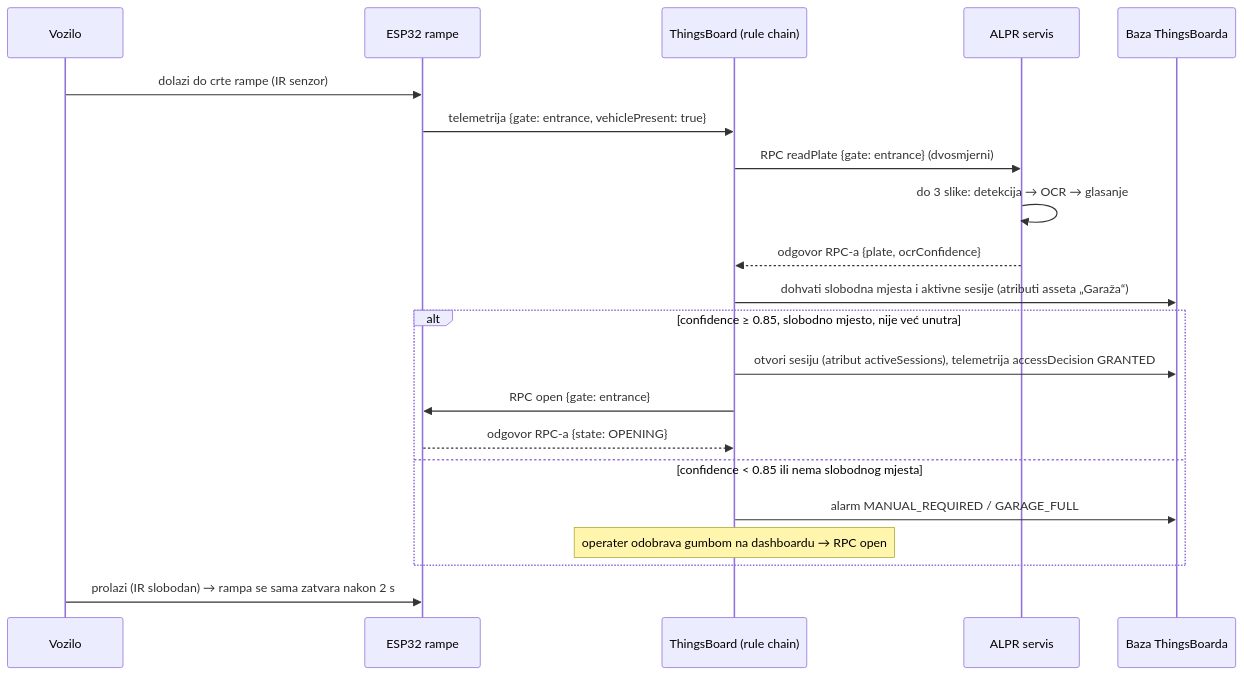
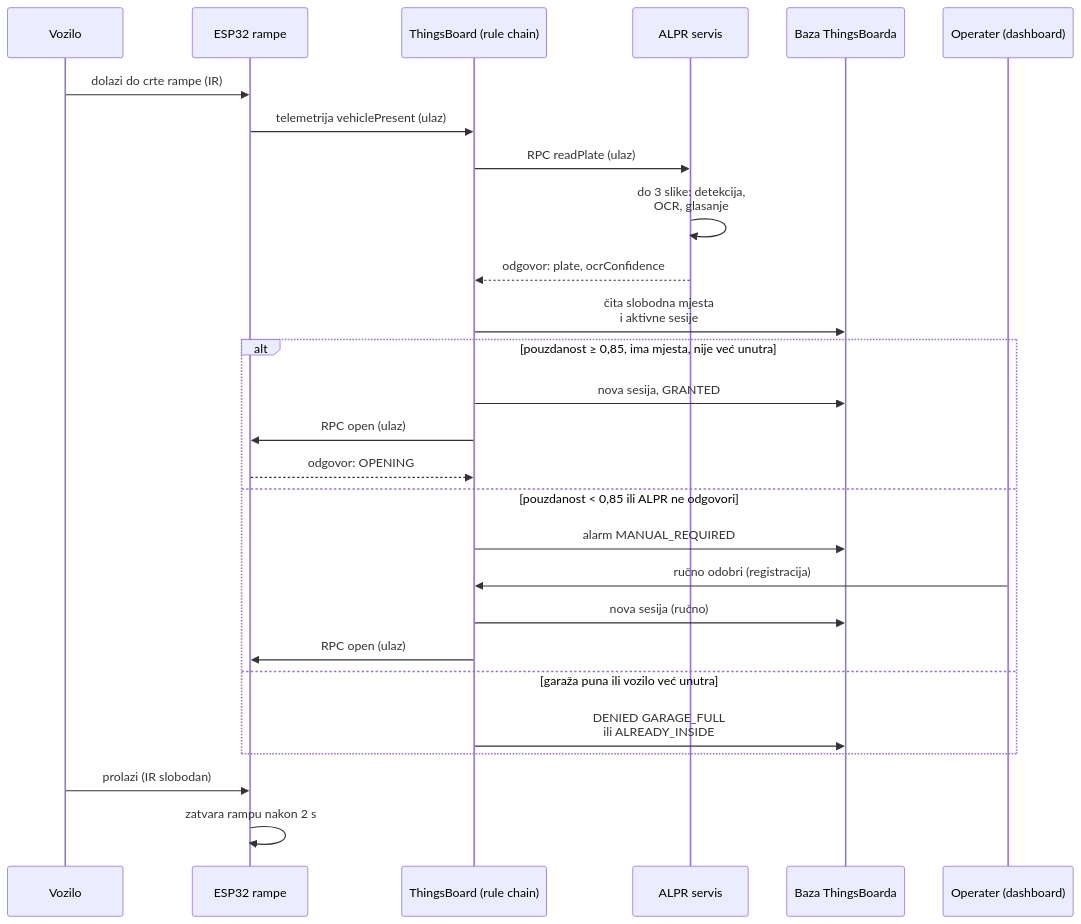
Before and after one commit to iampaviic/IoTGarage: the fifth of 6 diagrams in PROJEKT/sustav/arhitektura.md, drawn with Mermaid. The commit also changed other lines of this file, not shown here.

First line of the commit message:
Architecture: fix variant B flows, make diagram text fit

````diff
--- a/PROJEKT/sustav/arhitektura.md
+++ b/PROJEKT/sustav/arhitektura.md
@@ -220,23 +240,29 @@
 ```mermaid
 sequenceDiagram
   participant V as Vozilo
   participant R as ESP32 rampe
   participant TB as ThingsBoard (rule chain)
   participant A as ALPR servis
   participant DB as Baza ThingsBoarda
-  V->>R: dolazi do crte rampe (IR senzor)
-  R->>TB: telemetrija {gate: entrance, vehiclePresent: true}
-  TB->>A: RPC readPlate {gate: entrance} (dvosmjerni)
-  A->>A: do 3 slike: detekcija → OCR → glasanje
-  A-->>TB: odgovor RPC-a {plate, ocrConfidence}
-  TB->>DB: dohvati slobodna mjesta i aktivne sesije (atributi asseta „Garaža“)
-  alt confidence ≥ 0.85, slobodno mjesto, nije već unutra
-    TB->>DB: otvori sesiju (atribut activeSessions), telemetrija accessDecision GRANTED
-    TB->>R: RPC open {gate: entrance}
-    R-->>TB: odgovor RPC-a {state: OPENING}
-  else confidence < 0.85 ili nema slobodnog mjesta
-    TB->>DB: alarm MANUAL_REQUIRED / GARAGE_FULL
-    Note over TB: operater odobrava gumbom na dashboardu → RPC open
+  participant O as Operater (dashboard)
+  V->>R: dolazi do crte rampe (IR)
+  R->>TB: telemetrija vehiclePresent (ulaz)
+  TB->>A: RPC readPlate (ulaz)
+  A->>A: do 3 slike: detekcija,<br/>OCR, glasanje
+  A-->>TB: odgovor: plate, ocrConfidence
+  TB->>DB: čita slobodna mjesta<br/>i aktivne sesije
+  alt pouzdanost ≥ 0,85, ima mjesta, nije već unutra
+    TB->>DB: nova sesija, GRANTED
+    TB->>R: RPC open (ulaz)
+    R-->>TB: odgovor: OPENING
+  else pouzdanost < 0,85 ili ALPR ne odgovori
+    TB->>DB: alarm MANUAL_REQUIRED
+    O->>TB: ručno odobri (registracija)
+    TB->>DB: nova sesija (ručno)
+    TB->>R: RPC open (ulaz)
+  else garaža puna ili vozilo već unutra
+    TB->>DB: DENIED GARAGE_FULL<br/>ili ALREADY_INSIDE
   end
-  V->>R: prolazi (IR slobodan) → rampa se sama zatvara nakon 2 s
+  V->>R: prolazi (IR slobodan)
+  R->>R: zatvara rampu nakon 2 s
 ```
````
